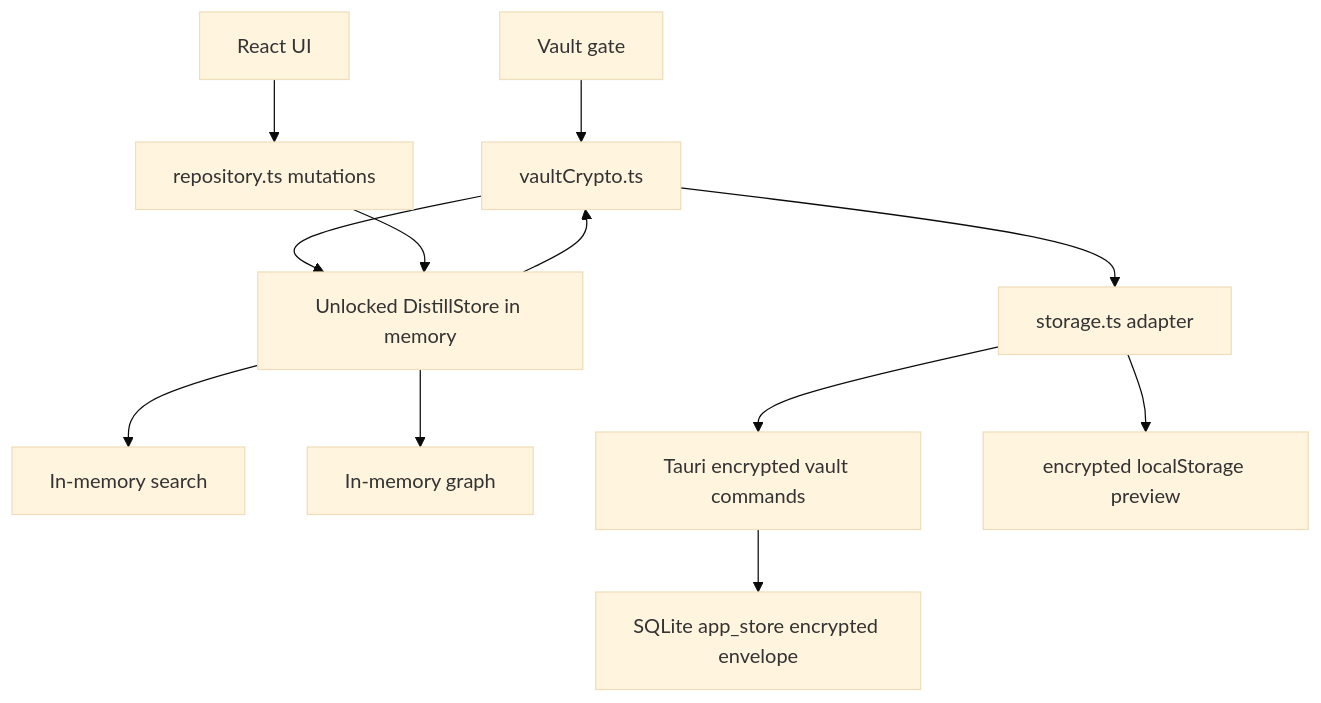
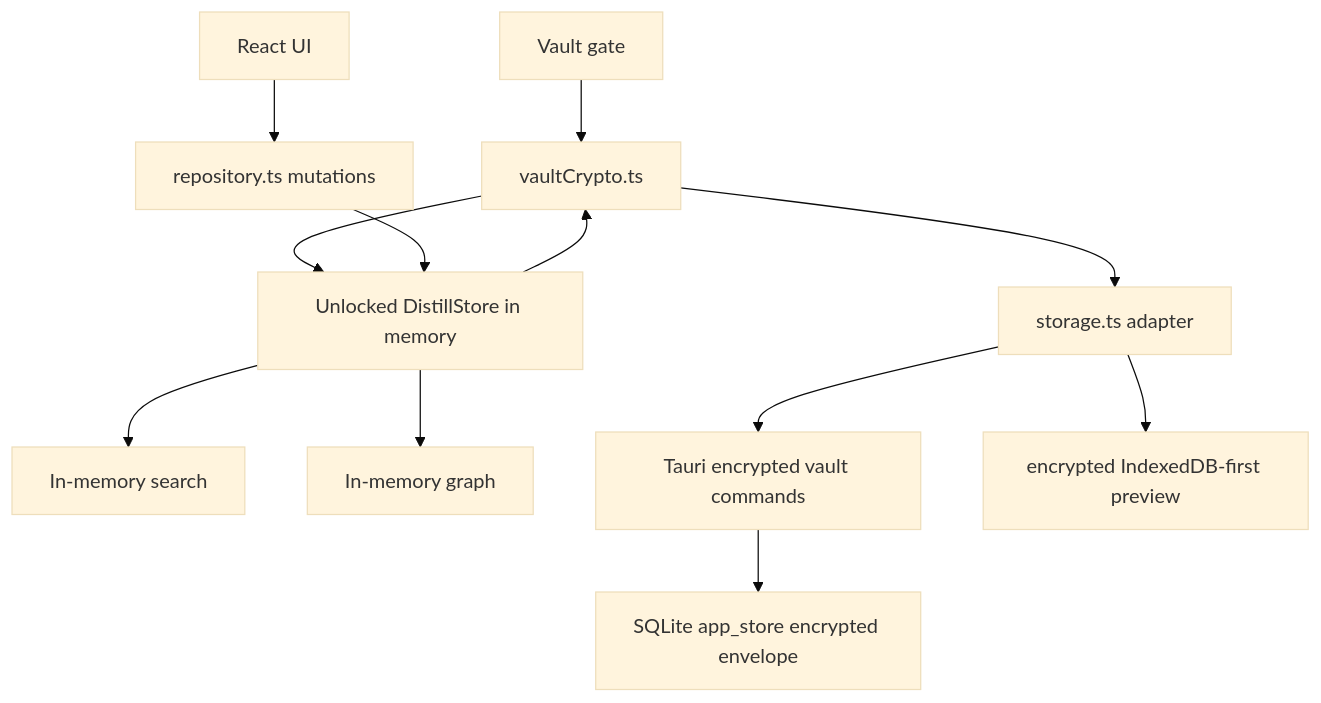
Before and after one commit to awakertakeshi0312-jpg/distill: the second of 2 diagrams in docs/design_blueprint.md, drawn with Mermaid (base theme). The commit also changed other lines of this file and 20 other files, not shown here.

````diff
--- a/docs/design_blueprint.md
+++ b/docs/design_blueprint.md
@@ -184,14 +184,14 @@
 ```mermaid
 flowchart TB
   Gate["Vault gate"] --> Crypto["vaultCrypto.ts"]
   Crypto --> Store["Unlocked DistillStore in memory"]
   UI["React UI"] --> Repo["repository.ts mutations"]
   Repo --> Store
   Store --> Search["In-memory search"]
   Store --> Graph["In-memory graph"]
   Store --> Crypto
   Crypto --> Storage["storage.ts adapter"]
   Storage --> Tauri["Tauri encrypted vault commands"]
-  Storage --> Browser["encrypted localStorage preview"]
+  Storage --> Browser["encrypted IndexedDB-first preview"]
   Tauri --> SQLite["SQLite app_store encrypted envelope"]
 ```
````
